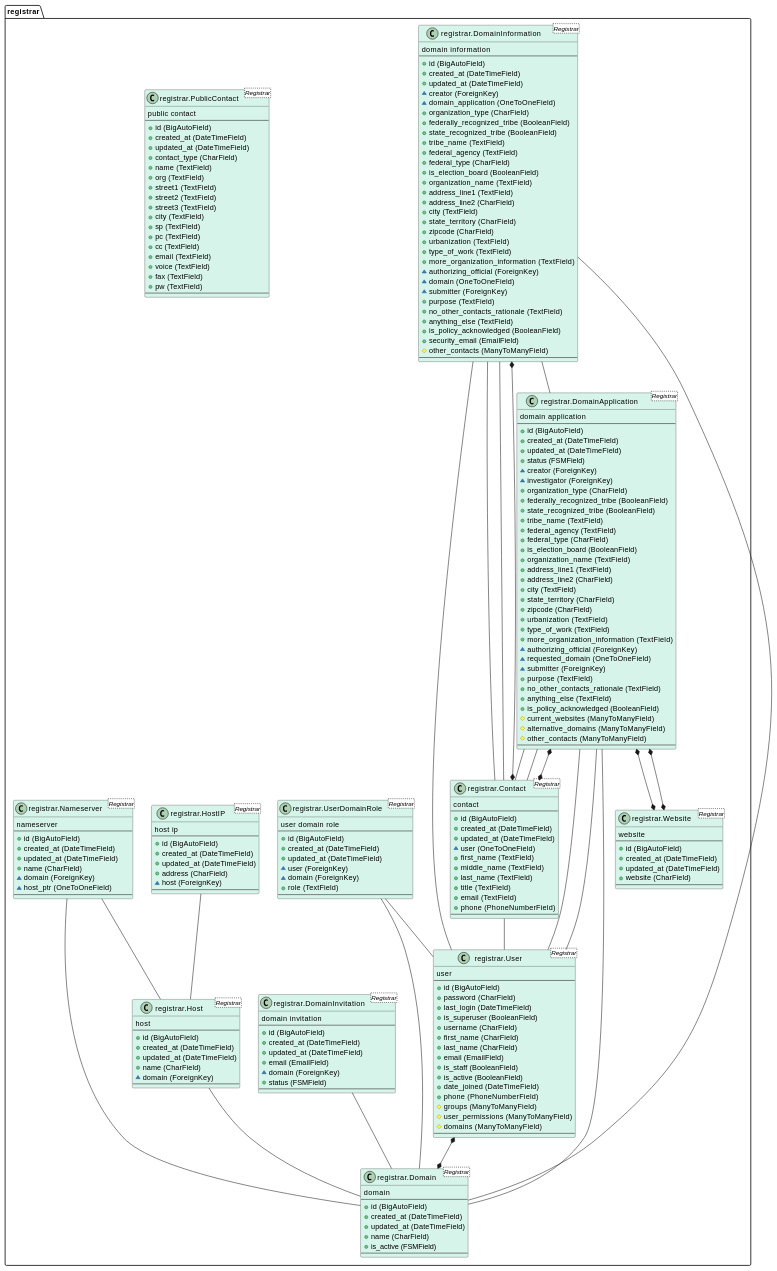
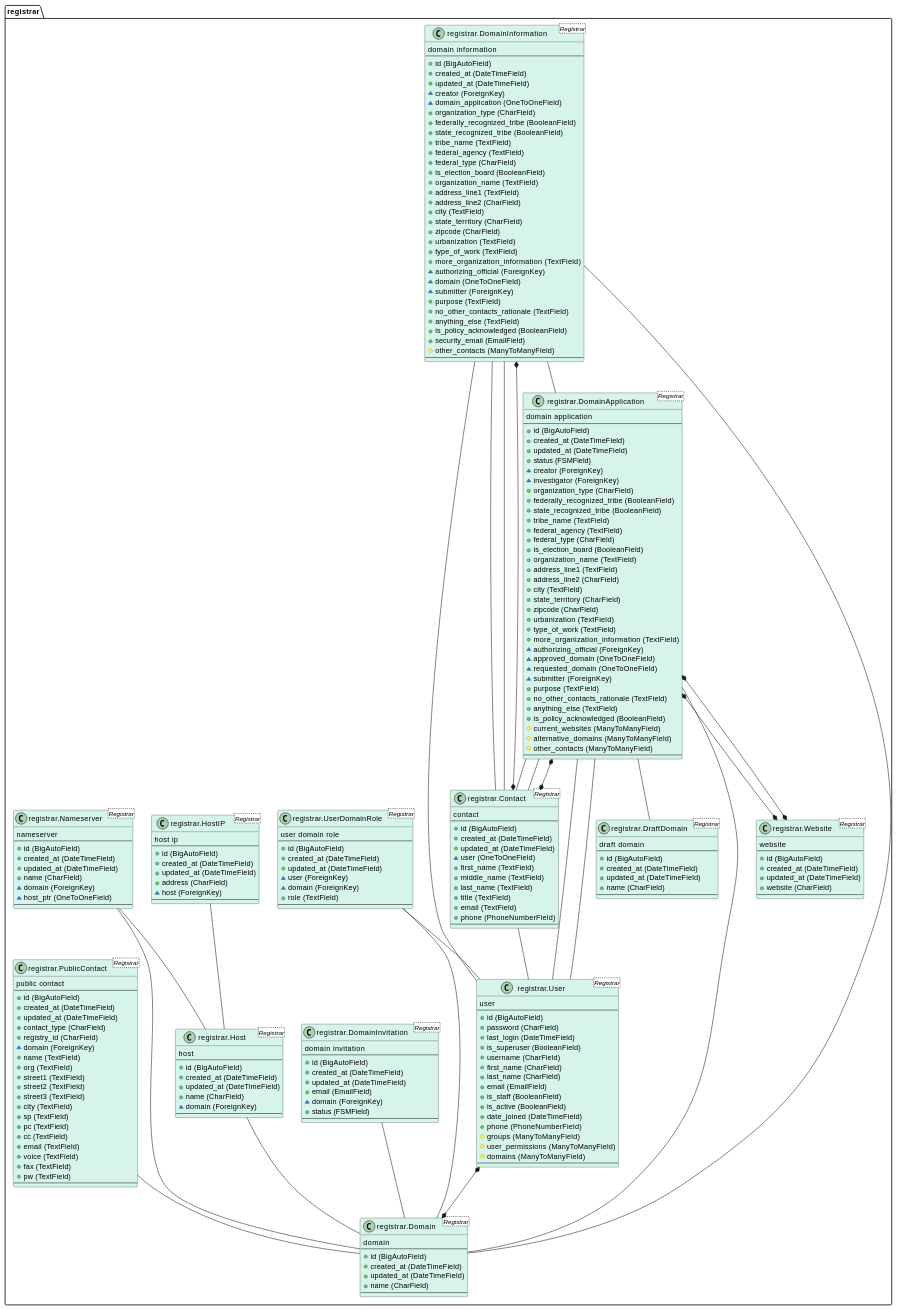
The diagram in docs/architecture/diagrams/models_diagram.md (cisagov/manage.get.gov), drawn with PlantUML before and after one commit. The commit also changed 3 other files, not shown here.

Commit message:
Update UML model diagrams

```diff
--- a/docs/architecture/diagrams/models_diagram.md
+++ b/docs/architecture/diagrams/models_diagram.md
@@ -65,6 +65,7 @@
     + type_of_work (TextField)
     + more_organization_information (TextField)
     ~ authorizing_official (ForeignKey)
+    ~ approved_domain (OneToOneField)
     ~ requested_domain (OneToOneField)
     ~ submitter (ForeignKey)
     + purpose (TextField)
@@ -79,6 +80,7 @@
 registrar.DomainApplication -- registrar.User
 registrar.DomainApplication -- registrar.User
 registrar.DomainApplication -- registrar.Contact
+registrar.DomainApplication -- registrar.DraftDomain
 registrar.DomainApplication -- registrar.Domain
 registrar.DomainApplication -- registrar.Contact
 registrar.DomainApplication *--* registrar.Website
@@ -129,6 +131,17 @@
 registrar.DomainInformation *--* registrar.Contact
 
 
+class "registrar.DraftDomain <Registrar>" as registrar.DraftDomain #d6f4e9 {
+    draft domain
+    --
+    + id (BigAutoField)
+    + created_at (DateTimeField)
+    + updated_at (DateTimeField)
+    + name (CharField)
+    --
+}
+
+
 class "registrar.Domain <Registrar>" as registrar.Domain #d6f4e9 {
     domain
     --
@@ -136,7 +149,6 @@
     + created_at (DateTimeField)
     + updated_at (DateTimeField)
     + name (CharField)
-    + is_active (FSMField)
     --
 }
 
@@ -218,6 +230,8 @@
     + created_at (DateTimeField)
     + updated_at (DateTimeField)
     + contact_type (CharField)
+    + registry_id (CharField)
+    ~ domain (ForeignKey)
     + name (TextField)
     + org (TextField)
     + street1 (TextField)
@@ -233,6 +247,8 @@
     + pw (TextField)
     --
 }
+
+registrar.PublicContact -- registrar.Domain
 
 
 class "registrar.User <Registrar>" as registrar.User #d6f4e9 {
```
